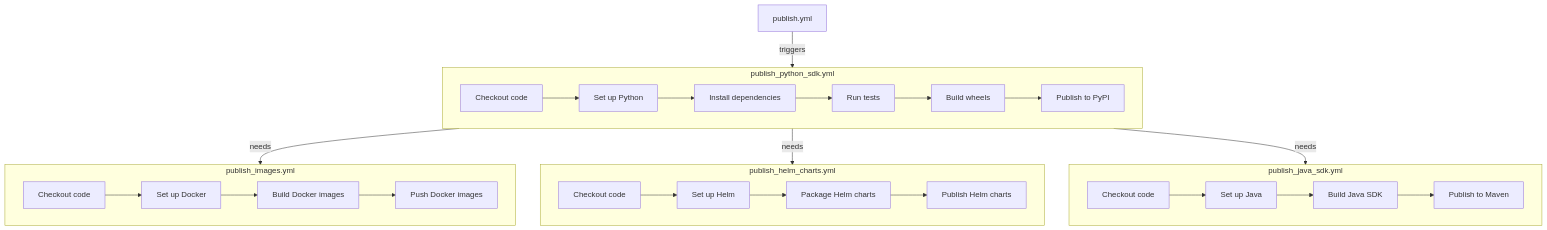
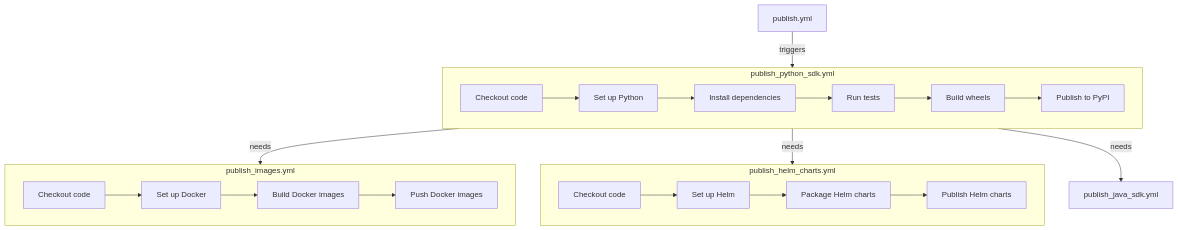
One commit to feast-dev/feast changed the second of 2 diagrams in docs/project/release-process.md. Above: the diagram before and after it, drawn with Mermaid.

Commit message:
removing java release

````diff
--- a/docs/project/release-process.md
+++ b/docs/project/release-process.md
@@ -19,27 +19,22 @@
 ```mermaid
 graph TD
     A[publish.yml] -->|triggers| B[publish_python_sdk.yml]
     B -->|needs| C[publish_images.yml]
     B -->|needs| D[publish_helm_charts.yml]
     B -->|needs| E[publish_java_sdk.yml]
 
     subgraph B[publish_python_sdk.yml]
         direction LR
         B1[Checkout code] --> B2[Set up Python] --> B3[Install dependencies] --> B4[Run tests] --> B5[Build wheels] --> B6[Publish to PyPI]
     end
 
     subgraph C[publish_images.yml]
         direction LR
         C1[Checkout code] --> C2[Set up Docker] --> C3[Build Docker images] --> C4[Push Docker images]
     end
 
     subgraph D[publish_helm_charts.yml]
         direction LR
         D1[Checkout code] --> D2[Set up Helm] --> D3[Package Helm charts] --> D4[Publish Helm charts]
     end
-
-    subgraph E[publish_java_sdk.yml]
-        direction LR
-        E1[Checkout code] --> E2[Set up Java] --> E3[Build Java SDK] --> E4[Publish to Maven]
-    end
 ```
````
